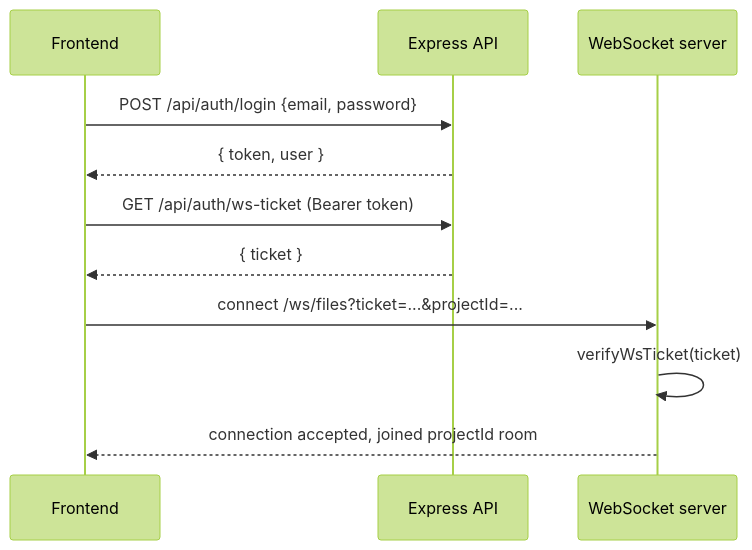
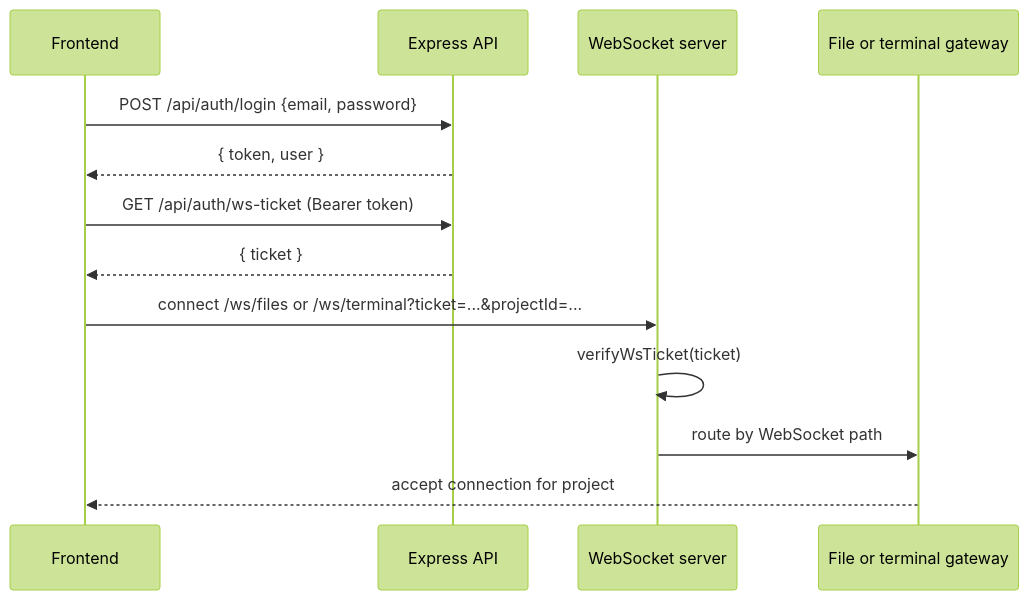
Before and after one commit to Ash786Sharma/Robot_Studio: the third of 11 diagrams in docs/ARCHITECTURE.md, drawn with Mermaid (forest theme). The commit also changed other lines of this file and 26 other files, not shown here.

````diff
--- a/docs/ARCHITECTURE.md
+++ b/docs/ARCHITECTURE.md
@@ -108,14 +111,16 @@
 ```mermaid
 sequenceDiagram
     participant FE as Frontend
     participant API as Express API
-    participant WS as WebSocket server
+  participant WS as WebSocket server
+  participant GW as File or terminal gateway
 
     FE->>API: POST /api/auth/login {email, password}
     API-->>FE: { token, user }
     FE->>API: GET /api/auth/ws-ticket (Bearer token)
     API-->>FE: { ticket }
-    FE->>WS: connect /ws/files?ticket=...&projectId=...
+  FE->>WS: connect /ws/files or /ws/terminal?ticket=...&projectId=...
     WS->>WS: verifyWsTicket(ticket)
-    WS-->>FE: connection accepted, joined projectId room
+  WS->>GW: route by WebSocket path
+  GW-->>FE: accept connection for project
 ```
````
